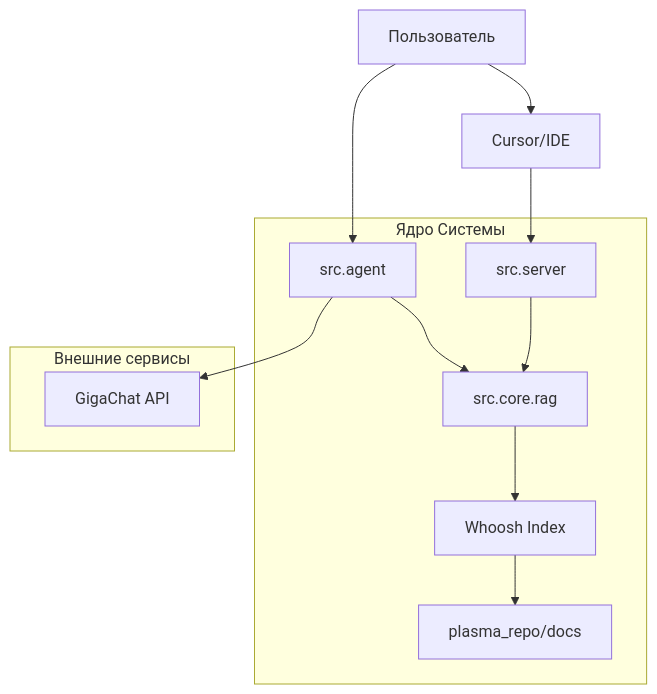
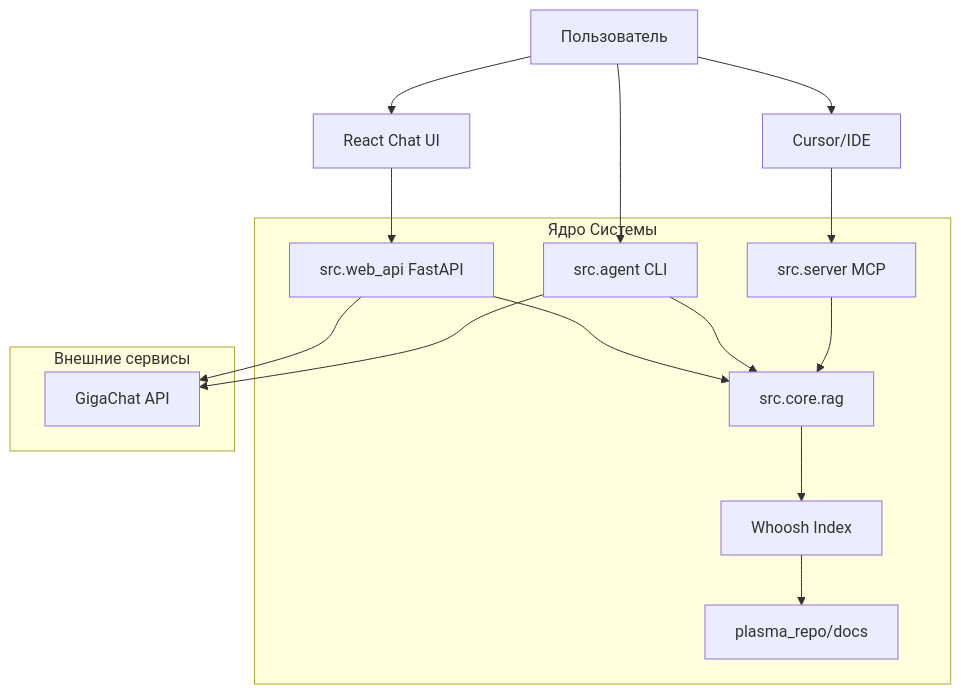
The diagram in Architecture.md (J0hnLem0n/plasma-mcp), drawn with Mermaid before and after one commit. The commit also changed other lines of this file and 26 other files, not shown here.

````diff
--- a/Architecture.md
+++ b/Architecture.md
@@ -7,17 +7,22 @@
 ```mermaid
 graph TD
-    User[Пользователь] --> Agent[src.agent]
+    User[Пользователь] --> WebUI[React Chat UI]
+    User --> Agent[src.agent CLI]
     User --> IDE[Cursor/IDE]
-    IDE --> Server[src.server]
+    
+    WebUI --> WebAPI[src.web_api FastAPI]
+    IDE --> Server[src.server MCP]
     
     subgraph Core [Ядро Системы]
-        Agent --> RAG[src.core.rag]
+        WebAPI --> RAG[src.core.rag]
+        Agent --> RAG
         Server --> RAG
         RAG --> Index[Whoosh Index]
         Index --> Docs[plasma_repo/docs]
     end
     
     subgraph External [Внешние сервисы]
-        Agent --> Giga[GigaChat API]
+        WebAPI --> Giga[GigaChat API]
+        Agent --> Giga
     end
 ```
````
